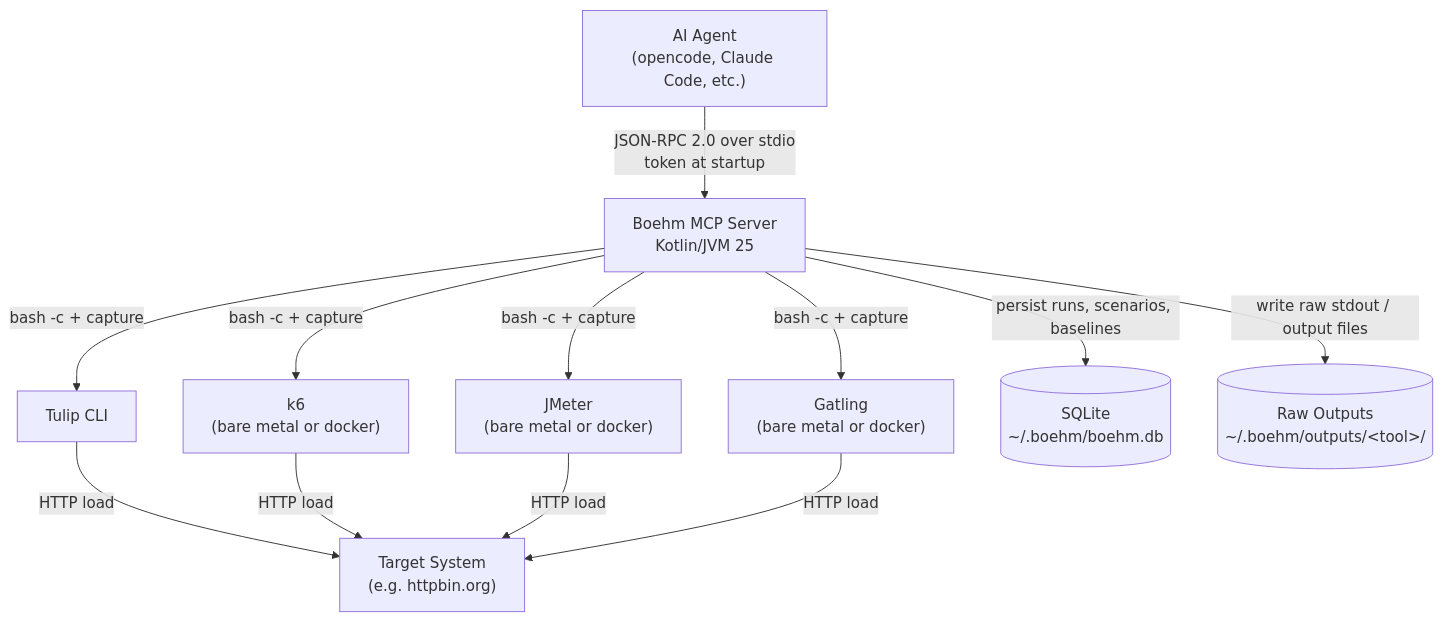
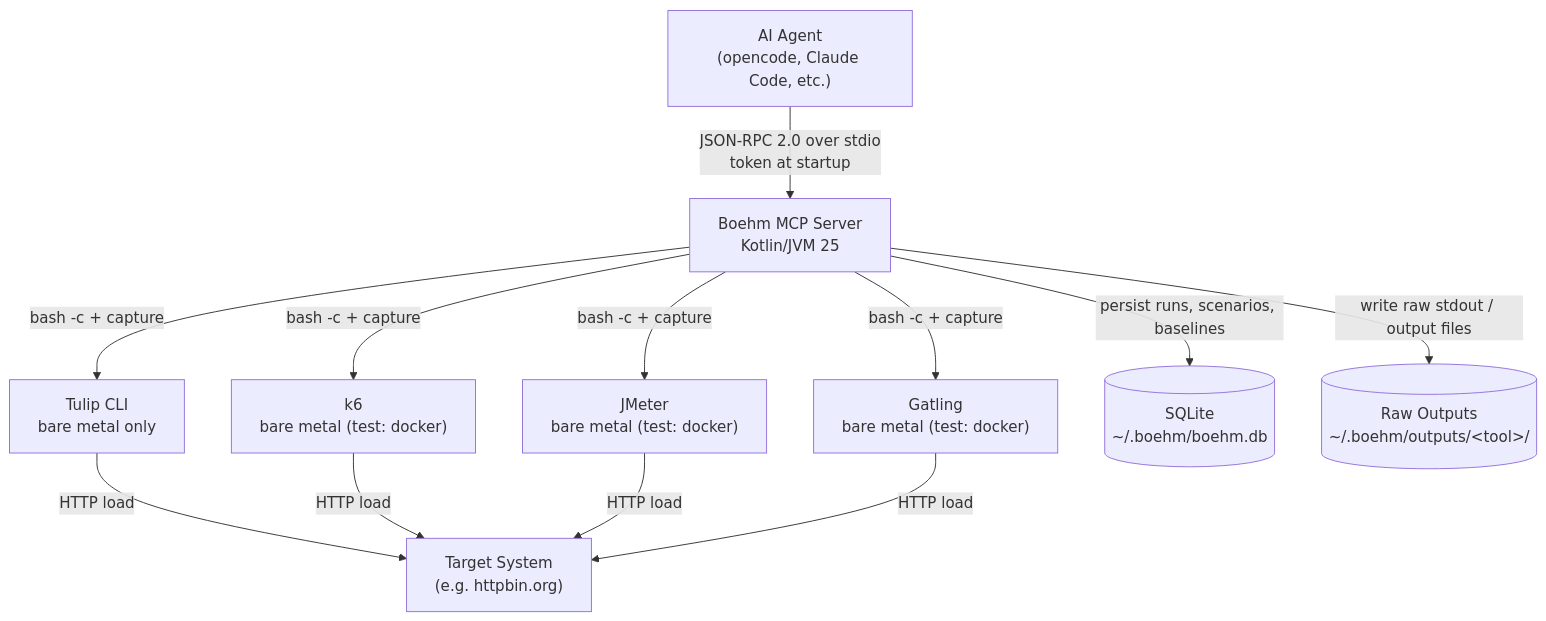
The first of 6 diagrams in docs/architecture.md (bmvanwyk/Boehm), drawn with Mermaid before and after one commit. The commit also changed other lines of this file and 2 other files, not shown here.

Commit message:
docs: clarify Docker fallback is test-only, production catalog is bare-metal

````diff
--- a/docs/architecture.md
+++ b/docs/architecture.md
@@ -7,24 +7,24 @@
 ```mermaid
 graph TB
     Agent["AI Agent<br/>(opencode, Claude Code, etc.)"]
     Boehm["Boehm MCP Server<br/>Kotlin/JVM 25"]
-    Tulip["Tulip CLI"]
-    K6["k6<br/>(bare metal or docker)"]
-    JMeter["JMeter<br/>(bare metal or docker)"]
-    Gatling["Gatling<br/>(bare metal or docker)"]
+    Tulip["Tulip CLI<br/>bare metal only"]
+    K6["k6<br/>bare metal (test: docker)"]
+    JMeter["JMeter<br/>bare metal (test: docker)"]
+    Gatling["Gatling<br/>bare metal (test: docker)"]
     Target["Target System<br/>(e.g. httpbin.org)"]
     SQLite[(SQLite<br/>~/.boehm/boehm.db)]
     OutputDir[(Raw Outputs<br/>~/.boehm/outputs/&lt;tool&gt;/)]
 
     Agent -- "JSON-RPC 2.0 over stdio<br/>token at startup" --> Boehm
     Boehm -- "bash -c + capture" --> Tulip
     Boehm -- "bash -c + capture" --> K6
     Boehm -- "bash -c + capture" --> JMeter
     Boehm -- "bash -c + capture" --> Gatling
     Tulip -- "HTTP load" --> Target
     K6 -- "HTTP load" --> Target
     JMeter -- "HTTP load" --> Target
     Gatling -- "HTTP load" --> Target
     Boehm -- "persist runs, scenarios, baselines" --> SQLite
     Boehm -- "write raw stdout / output files" --> OutputDir
 ```
````
